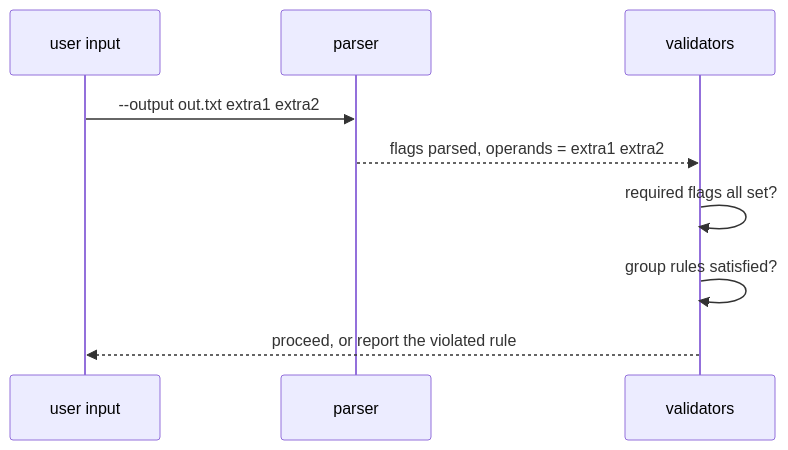
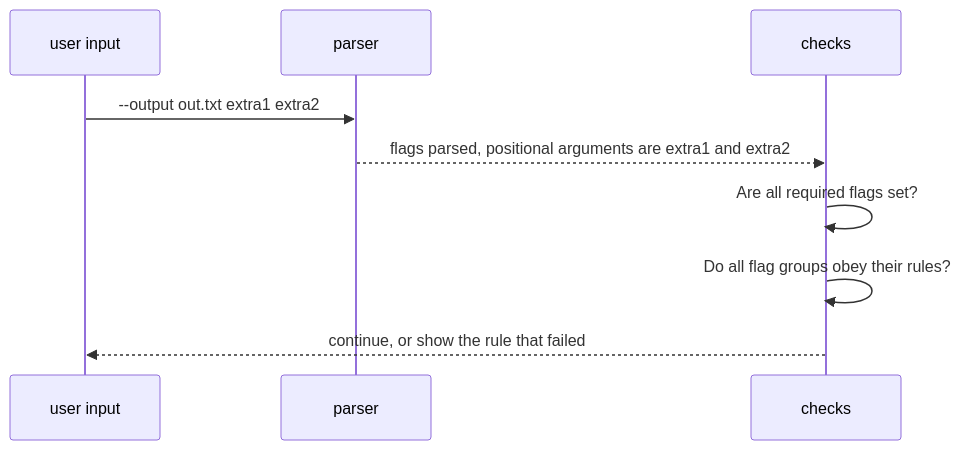
One commit to KeunwooPark/cluedoc changed the fourth of 4 diagrams in docs/examples/cobra/.cluedoc/flag-handling/README.md. Above: the diagram before and after it, drawn with Mermaid. The commit also changed other lines of this file and 22 other files, not shown here.

````diff
--- a/docs/examples/cobra/.cluedoc/flag-handling/README.md
+++ b/docs/examples/cobra/.cluedoc/flag-handling/README.md
@@ -73,11 +94,11 @@
 ```mermaid
 sequenceDiagram
     participant U as user input
     participant P as parser
-    participant V as validators
+    participant V as checks
     U->>P: --output out.txt extra1 extra2
-    P-->>V: flags parsed, operands = extra1 extra2
-    V->>V: required flags all set?
-    V->>V: group rules satisfied?
-    V-->>U: proceed, or report the violated rule
+    P-->>V: flags parsed, positional arguments are extra1 and extra2
+    V->>V: Are all required flags set?
+    V->>V: Do all flag groups obey their rules?
+    V-->>U: continue, or show the rule that failed
 ```
````
